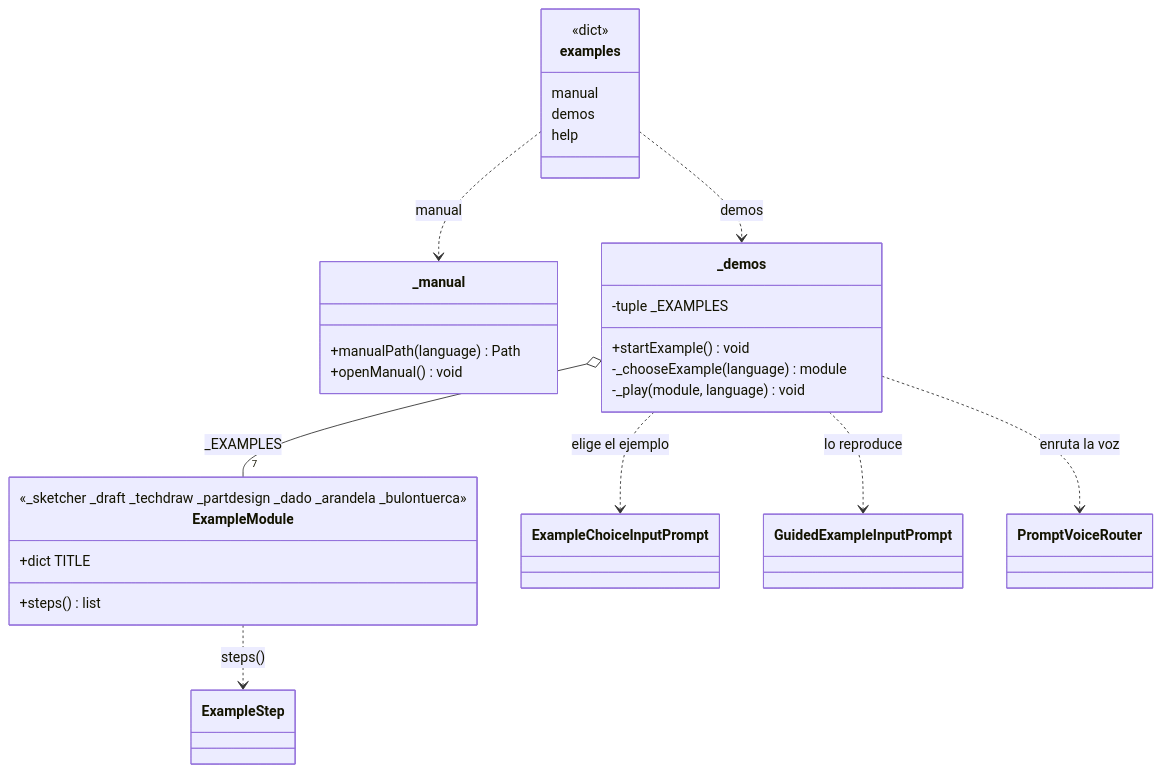
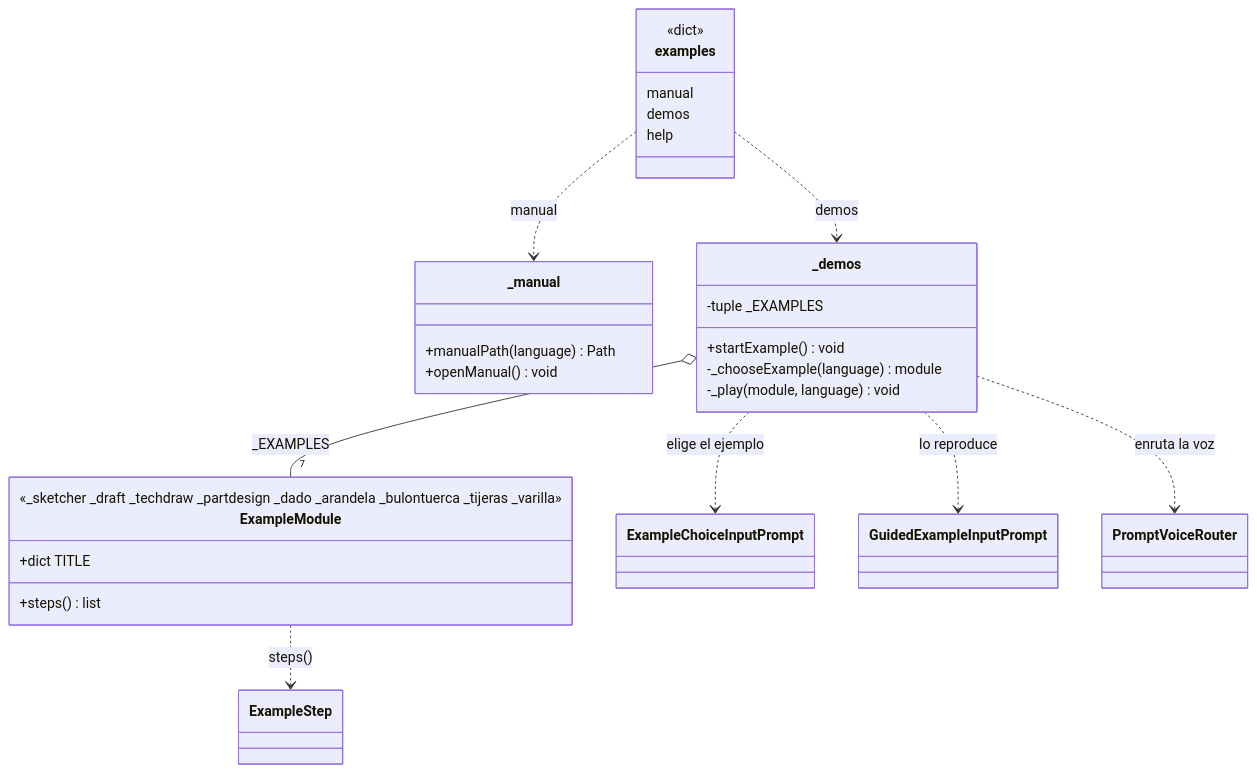
One commit to DAv-Project-Team-UADER/DAV changed the diagram in Dav/docs/es/diagramas/Examples.md. Above: the diagram before and after it, drawn with Mermaid. The commit also changed other lines of this file and 167 other files, not shown here.

````diff
--- a/Dav/docs/es/diagramas/Examples.md
+++ b/Dav/docs/es/diagramas/Examples.md
@@ -10,40 +10,40 @@
 ```mermaid
 classDiagram
     class examples {
         <<dict>>
         manual
         demos
         help
     }
 
     class _manual {
         +manualPath(language) Path
         +openManual() void
     }
 
     class _demos {
         -tuple _EXAMPLES
         +startExample() void
         -_chooseExample(language) module
         -_play(module, language) void
     }
 
     class ExampleModule {
-        <<_sketcher _draft _techdraw _partdesign _dado _arandela _bulontuerca>>
+        <<_sketcher _draft _techdraw _partdesign _dado _arandela _bulontuerca _tijeras _varilla>>
         +dict TITLE
         +steps() list
     }
 
     class ExampleChoiceInputPrompt
     class GuidedExampleInputPrompt
     class ExampleStep
     class PromptVoiceRouter
 
     examples ..> _manual : manual
     examples ..> _demos : demos
     _demos o-- "7" ExampleModule : _EXAMPLES
     _demos ..> ExampleChoiceInputPrompt : elige el ejemplo
     _demos ..> GuidedExampleInputPrompt : lo reproduce
     _demos ..> PromptVoiceRouter : enruta la voz
     ExampleModule ..> ExampleStep : steps()
 ```
````
